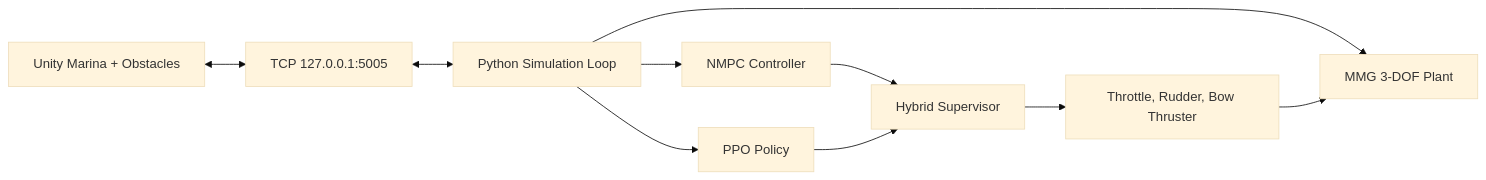
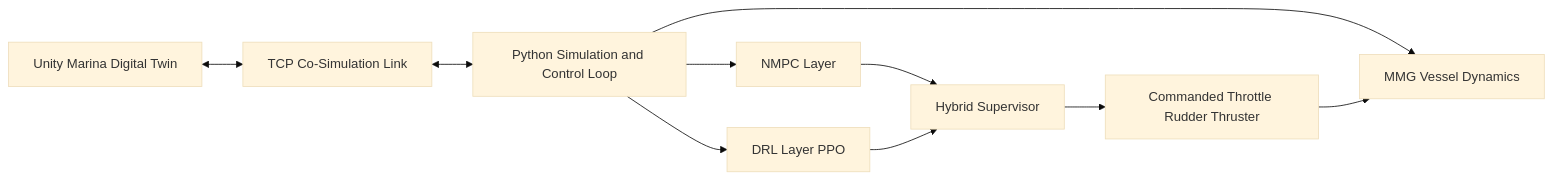
One commit to LemuelHornsby/Portfolio changed the diagram in README.md. Above: the diagram before and after it, drawn with Mermaid (base theme). The commit also changed other lines of this file, not shown here.

````diff
--- a/README.md
+++ b/README.md
@@ -32,12 +58,12 @@
 ```mermaid
 flowchart LR
-    U[Unity Marina + Obstacles] <--> T[TCP 127.0.0.1:5005]
-    T <--> P[Python Simulation Loop]
-    P --> M[MMG 3-DOF Plant]
-    P --> N[NMPC Controller]
-    P --> R[PPO Policy]
+    U[Unity Marina Digital Twin] <--> T[TCP Co-Simulation Link]
+    T <--> P[Python Simulation and Control Loop]
+    P --> M[MMG Vessel Dynamics]
+    P --> N[NMPC Layer]
+    P --> R[DRL Layer PPO]
     N --> S[Hybrid Supervisor]
     R --> S
-    S --> C[Throttle, Rudder, Bow Thruster]
+    S --> C[Commanded Throttle Rudder Thruster]
     C --> M
 ```
````
